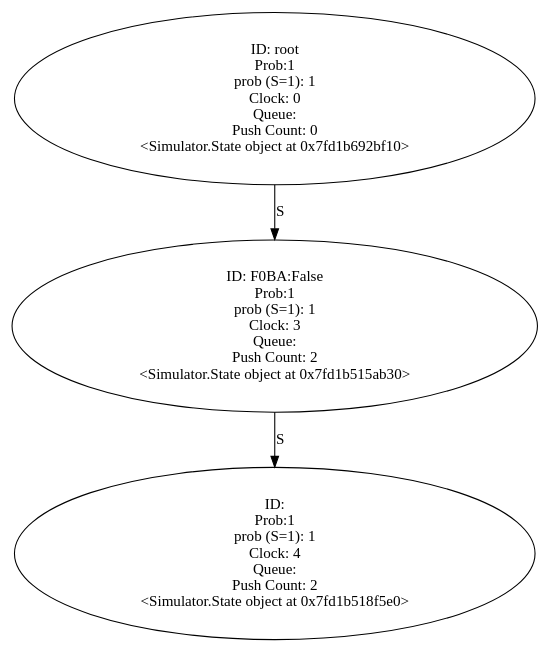
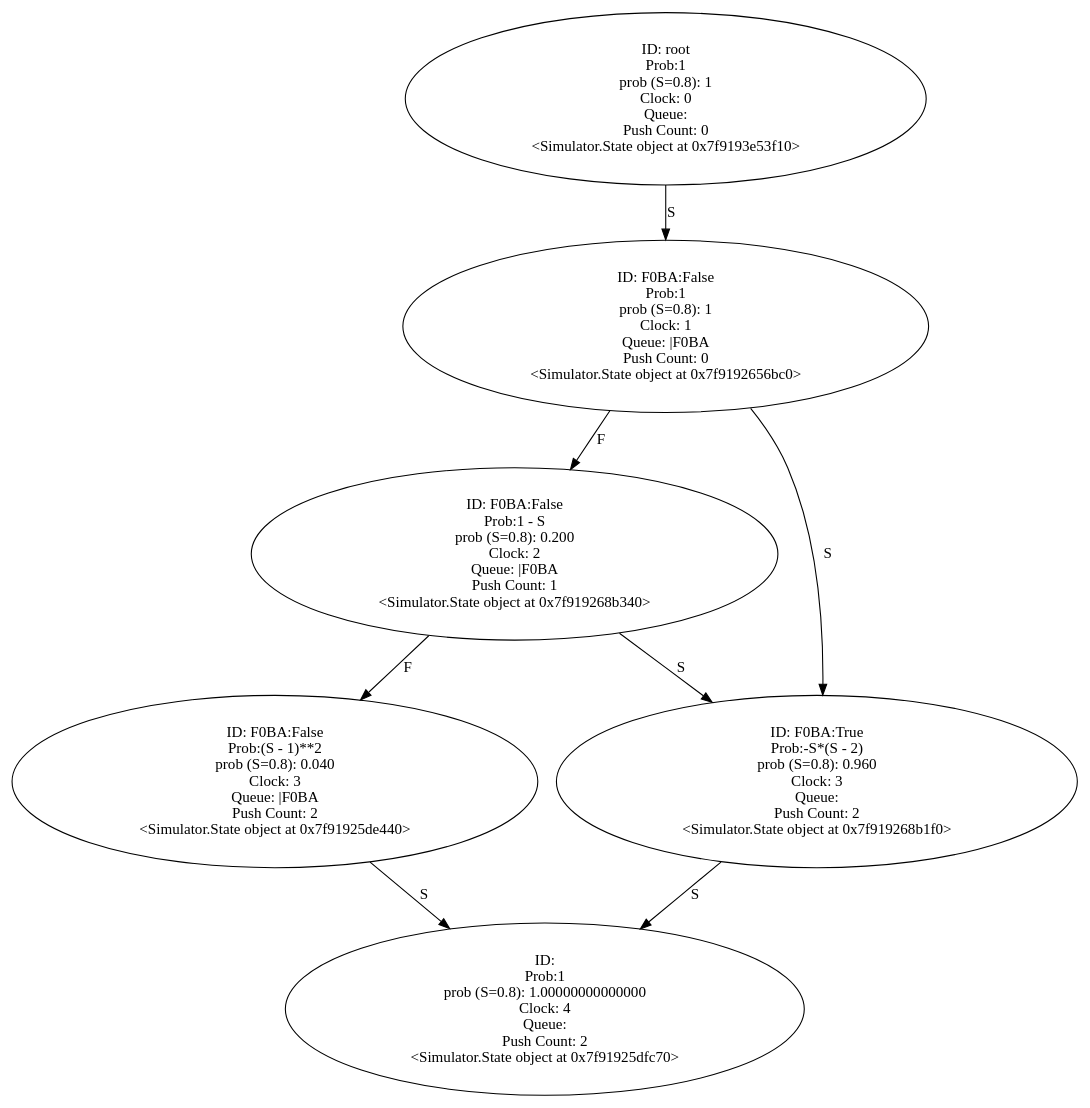
One commit to YasinBoloorchi/WARP-Simulator changed the diagram in Output/two_pulls.wrp.gv. Above: the diagram before and after it, drawn with Graphviz. The commit also changed 9 other files, not shown here.

Commit message:
Fixed the push_count issue

```diff
--- a/Output/two_pulls.wrp.gv
+++ b/Output/two_pulls.wrp.gv
@@ -1,25 +1,51 @@
 digraph "./Output/two_pulls.wrp" {
-	<Simulator.State object at 0x7fd1b692bf10> [label="ID: root
+	<Simulator.State object at 0x7f9193e53f10> [label="ID: root
 Prob:1
-prob (S=1): 1
+prob (S=0.8): 1
 Clock: 0
 Queue: 
 Push Count: 0
-<Simulator.State object at 0x7fd1b692bf10>"]
-	<Simulator.State object at 0x7fd1b692bf10> -> <Simulator.State object at 0x7fd1b515ab30> [label=S]
-	<Simulator.State object at 0x7fd1b515ab30> [label="ID: F0BA:False
+<Simulator.State object at 0x7f9193e53f10>"]
+	<Simulator.State object at 0x7f9193e53f10> -> <Simulator.State object at 0x7f9192656bc0> [label=S]
+	<Simulator.State object at 0x7f9192656bc0> [label="ID: F0BA:False
 Prob:1
-prob (S=1): 1
+prob (S=0.8): 1
+Clock: 1
+Queue: |F0BA
+Push Count: 0
+<Simulator.State object at 0x7f9192656bc0>"]
+	<Simulator.State object at 0x7f9192656bc0> -> <Simulator.State object at 0x7f919268b340> [label=F]
+	<Simulator.State object at 0x7f9192656bc0> -> <Simulator.State object at 0x7f919268b1f0> [label=S]
+	<Simulator.State object at 0x7f919268b340> [label="ID: F0BA:False
+Prob:1 - S
+prob (S=0.8): 0.200
+Clock: 2
+Queue: |F0BA
+Push Count: 1
+<Simulator.State object at 0x7f919268b340>"]
+	<Simulator.State object at 0x7f919268b340> -> <Simulator.State object at 0x7f91925de440> [label=F]
+	<Simulator.State object at 0x7f919268b340> -> <Simulator.State object at 0x7f919268b1f0> [label=S]
+	<Simulator.State object at 0x7f919268b1f0> [label="ID: F0BA:True
+Prob:-S*(S - 2)
+prob (S=0.8): 0.960
 Clock: 3
 Queue: 
 Push Count: 2
-<Simulator.State object at 0x7fd1b515ab30>"]
-	<Simulator.State object at 0x7fd1b515ab30> -> <Simulator.State object at 0x7fd1b518f5e0> [label=S]
-	<Simulator.State object at 0x7fd1b518f5e0> [label="ID: 
+<Simulator.State object at 0x7f919268b1f0>"]
+	<Simulator.State object at 0x7f919268b1f0> -> <Simulator.State object at 0x7f91925dfc70> [label=S]
+	<Simulator.State object at 0x7f91925de440> [label="ID: F0BA:False
+Prob:(S - 1)**2
+prob (S=0.8): 0.040
+Clock: 3
+Queue: |F0BA
+Push Count: 2
+<Simulator.State object at 0x7f91925de440>"]
+	<Simulator.State object at 0x7f91925de440> -> <Simulator.State object at 0x7f91925dfc70> [label=S]
+	<Simulator.State object at 0x7f91925dfc70> [label="ID: 
 Prob:1
-prob (S=1): 1
+prob (S=0.8): 1.00000000000000
 Clock: 4
 Queue: 
 Push Count: 2
-<Simulator.State object at 0x7fd1b518f5e0>"]
+<Simulator.State object at 0x7f91925dfc70>"]
 }
```
